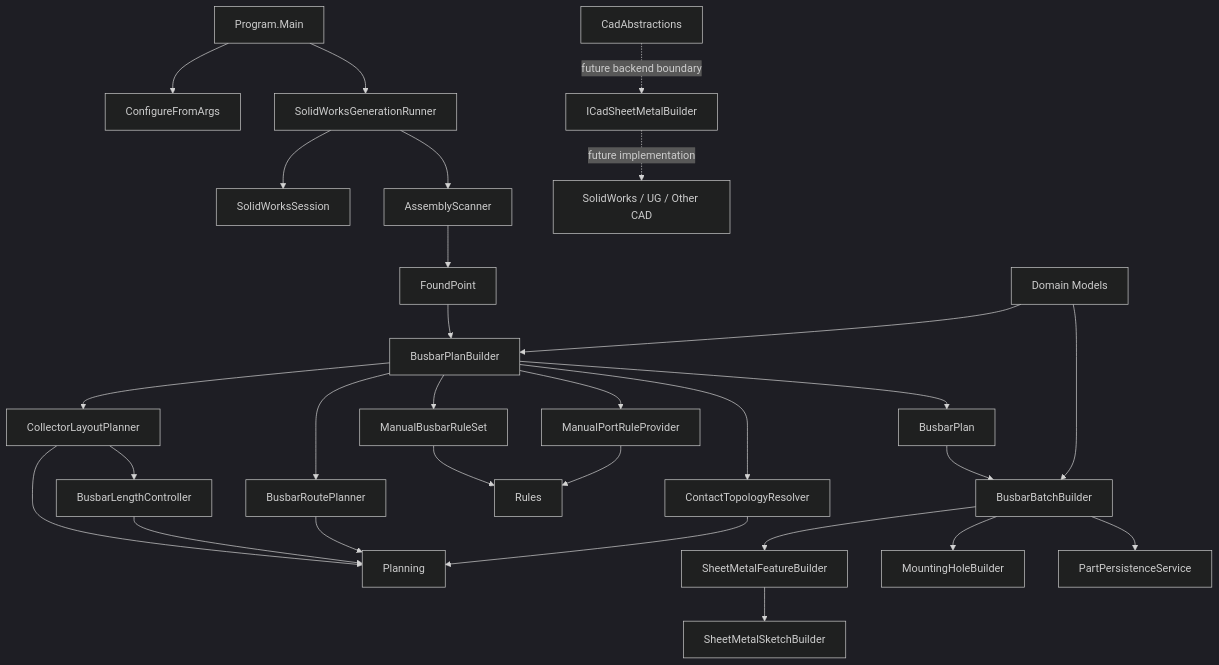
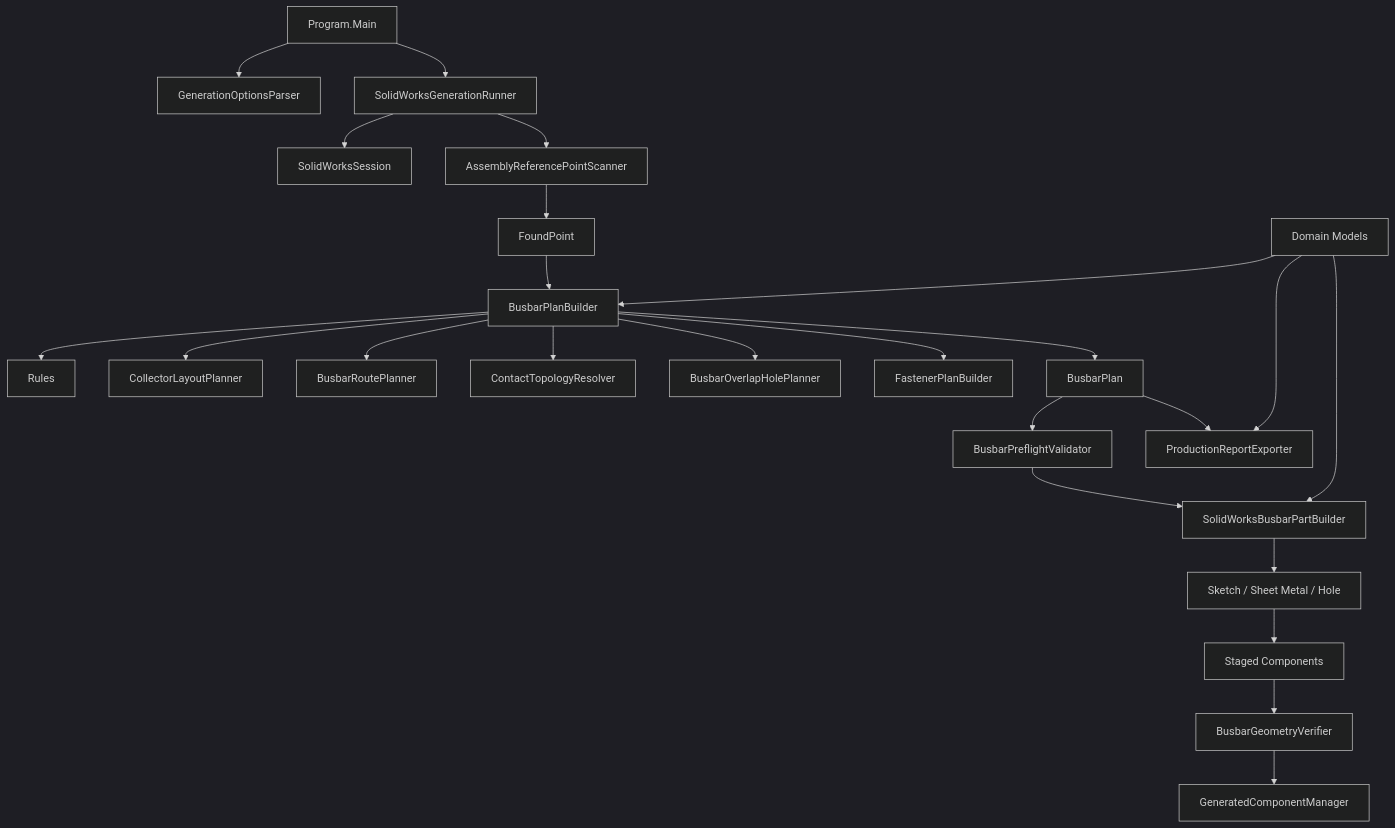
One commit to Tleide/solidworks-busbar-automation changed the diagram in Architecture.mmd. Above: the diagram before and after it, drawn with Mermaid (dark theme). The commit also changed 47 other files, not shown here.

Commit message:
refactor SolidWorks generation and validation

```diff
--- a/Architecture.mmd
+++ b/Architecture.mmd
@@ -1,34 +1,28 @@
 flowchart TD
-    A["Program.Main"] --> B["ConfigureFromArgs"]
+    A["Program.Main"] --> B["GenerationOptionsParser"]
     A --> C["SolidWorksGenerationRunner"]
 
     C --> D["SolidWorksSession"]
-    C --> E["AssemblyScanner"]
+    C --> E["AssemblyReferencePointScanner"]
     E --> F["FoundPoint"]
 
     F --> G["BusbarPlanBuilder"]
-    G --> H["ManualBusbarRuleSet"]
-    G --> I["ManualPortRuleProvider"]
-    G --> J["CollectorLayoutPlanner"]
-    J --> K["BusbarLengthController"]
-    G --> L["BusbarRoutePlanner"]
-    G --> M["ContactTopologyResolver"]
+    G --> H["Rules"]
+    G --> I["CollectorLayoutPlanner"]
+    G --> J["BusbarRoutePlanner"]
+    G --> K["ContactTopologyResolver"]
+    G --> L["BusbarOverlapHolePlanner"]
+    G --> M["FastenerPlanBuilder"]
+    G --> N["BusbarPlan"]
 
-    H --> N["Rules"]
-    I --> N
-    J --> O["Planning"]
-    K --> O
-    L --> O
-    M --> O
-
-    G --> P["BusbarPlan"]
-    P --> Q["BusbarBatchBuilder"]
-    Q --> R["SheetMetalFeatureBuilder"]
-    R --> S["SheetMetalSketchBuilder"]
-    Q --> T["MountingHoleBuilder"]
-    Q --> U["PartPersistenceService"]
+    N --> O["BusbarPreflightValidator"]
+    O --> P["SolidWorksBusbarPartBuilder"]
+    P --> Q["Sketch / Sheet Metal / Hole"]
+    Q --> R["Staged Components"]
+    R --> S["BusbarGeometryVerifier"]
+    S --> T["GeneratedComponentManager"]
+    N --> U["ProductionReportExporter"]
 
     V["Domain Models"] --> G
-    V --> Q
-    W["CadAbstractions"] -. "future backend boundary" .-> X["ICadSheetMetalBuilder"]
-    X -. "future implementation" .-> Y["SolidWorks / UG / Other CAD"]
+    V --> P
+    V --> U
```
